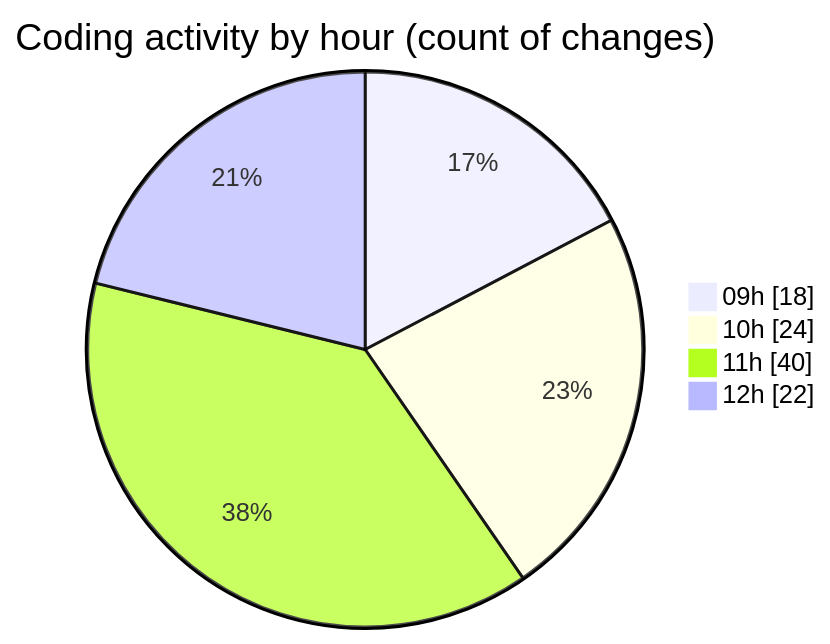
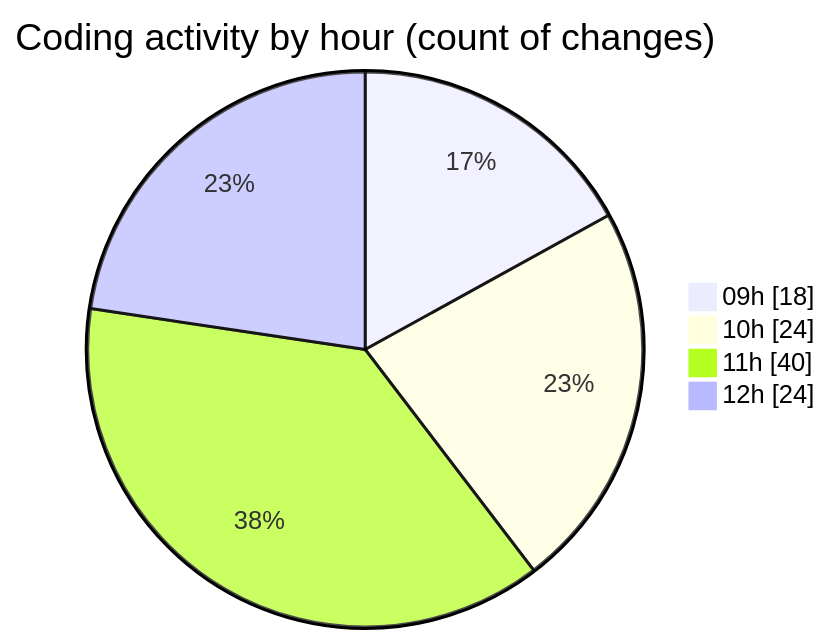
One commit to momahboobian/code-tracking changed the second of 2 diagrams in 2025-09-16/cda/README.md. Above: the diagram before and after it, drawn with Mermaid. The commit also changed other lines of this file and 1 other file, not shown here.

````diff
--- a/2025-09-16/cda/README.md
+++ b/2025-09-16/cda/README.md
@@ -35,8 +35,8 @@
 ```mermaid
 pie showData
 title Coding activity by hour (count of changes)
 "09h" : 18
 "10h" : 24
 "11h" : 40
-"12h" : 22
+"12h" : 24
 ```
````
